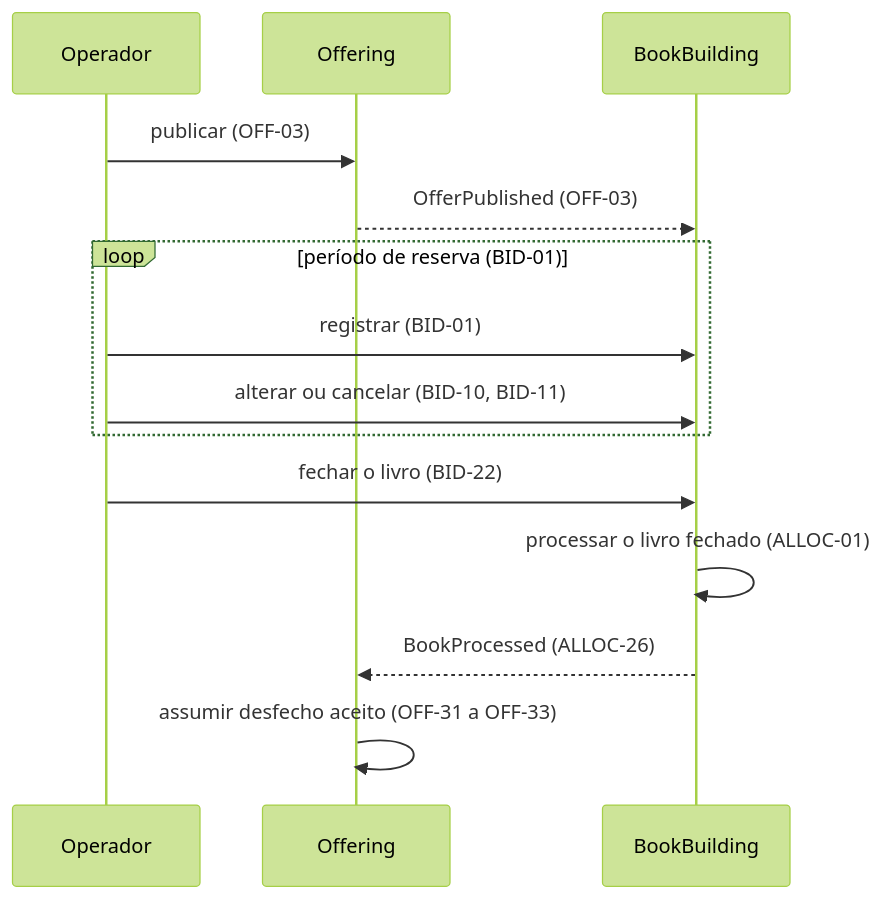
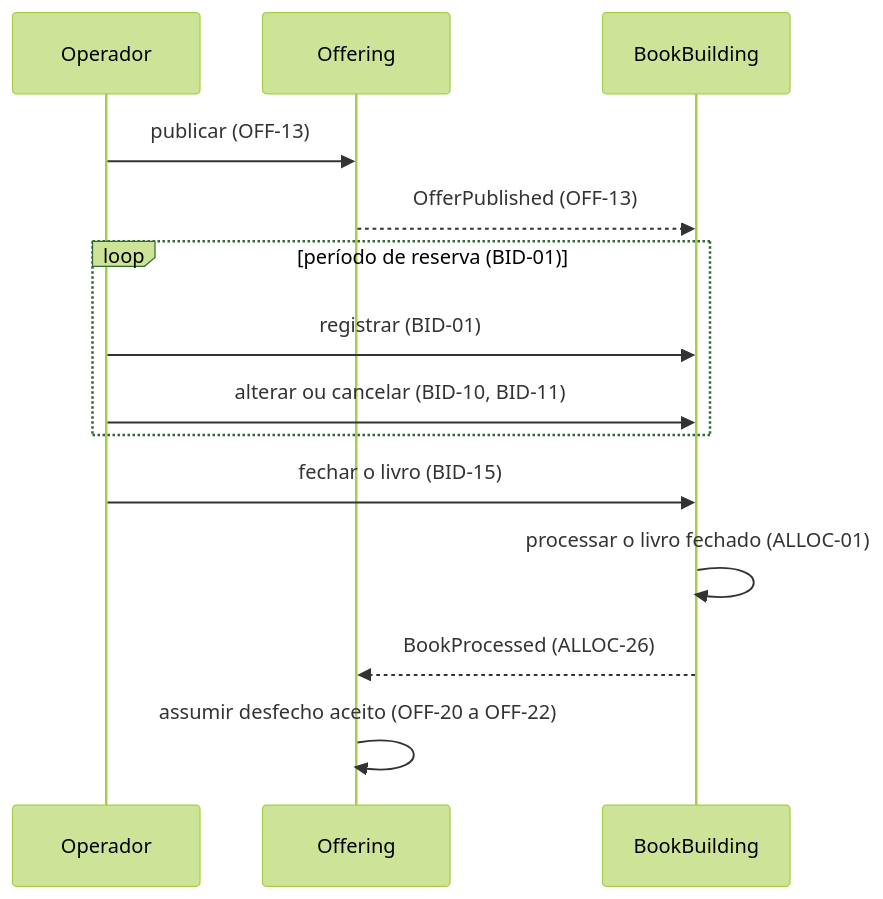
Before and after one commit to guilhermesalvi/fund-distribution-platform: the second of 3 diagrams in docs/specs/offer-lifecycle/spec.md, drawn with Mermaid (forest theme). The commit also changed other lines of this file and 2 other files, not shown here.

````diff
--- a/docs/specs/offer-lifecycle/spec.md
+++ b/docs/specs/offer-lifecycle/spec.md
@@ -157,16 +157,16 @@
 ```mermaid
 sequenceDiagram
     participant Operador
     participant Offering
     participant BookBuilding
-    Operador->>Offering: publicar (OFF-03)
-    Offering-->>BookBuilding: OfferPublished (OFF-03)
+    Operador->>Offering: publicar (OFF-13)
+    Offering-->>BookBuilding: OfferPublished (OFF-13)
     loop período de reserva (BID-01)
         Operador->>BookBuilding: registrar (BID-01)
         Operador->>BookBuilding: alterar ou cancelar (BID-10, BID-11)
     end
-    Operador->>BookBuilding: fechar o livro (BID-22)
+    Operador->>BookBuilding: fechar o livro (BID-15)
     BookBuilding->>BookBuilding: processar o livro fechado (ALLOC-01)
     BookBuilding-->>Offering: BookProcessed (ALLOC-26)
-    Offering->>Offering: assumir desfecho aceito (OFF-31 a OFF-33)
+    Offering->>Offering: assumir desfecho aceito (OFF-20 a OFF-22)
 ```
````
